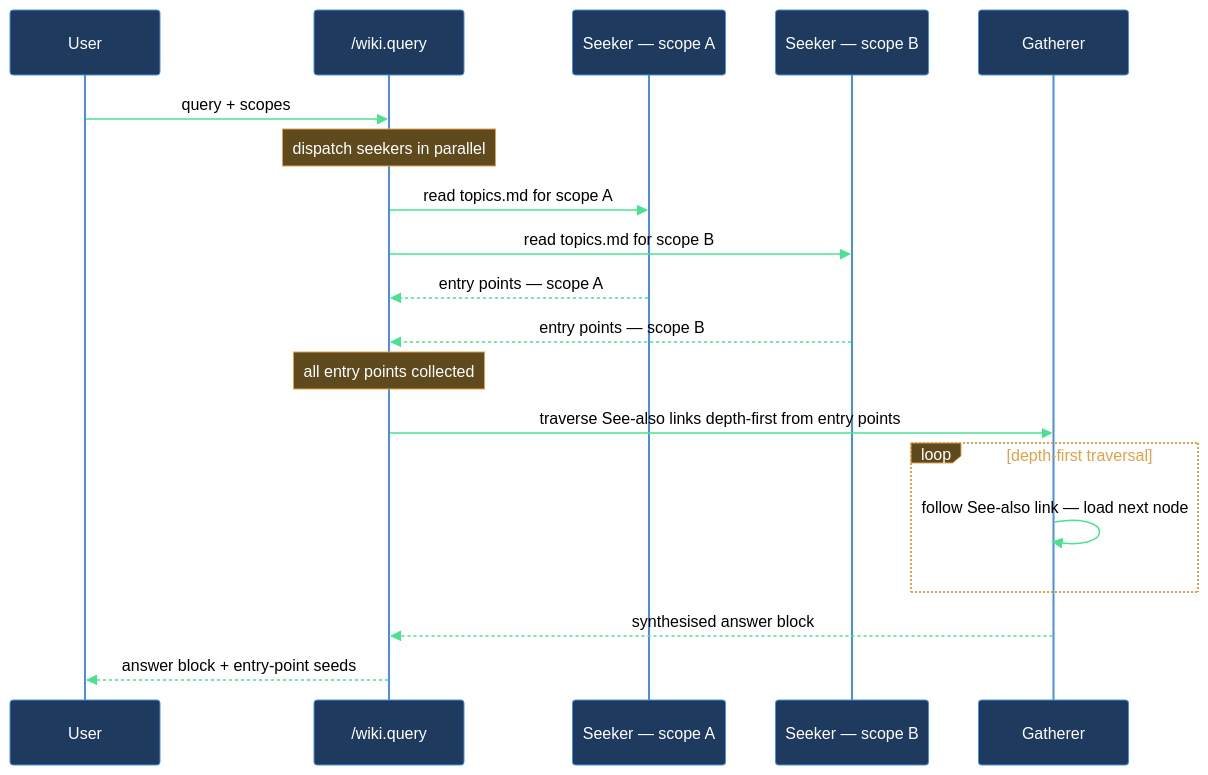
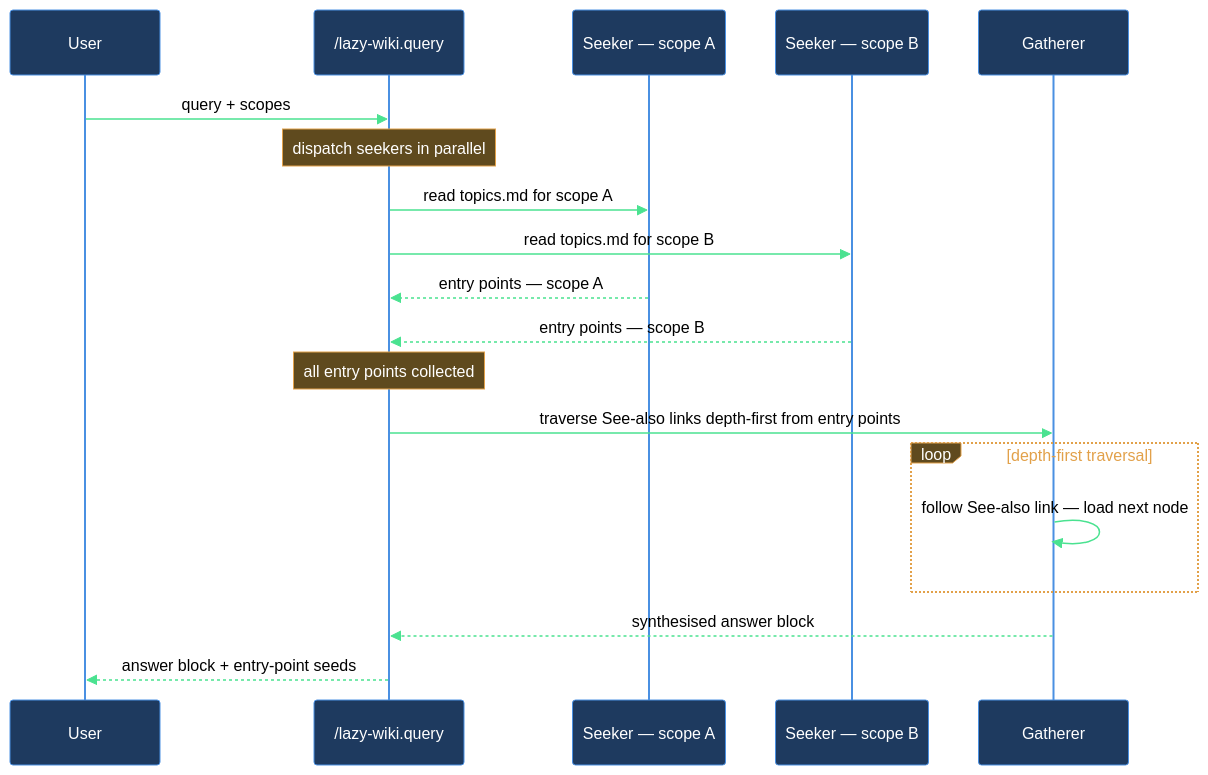
One commit to mebius-san/lazy-cortex changed the diagram in claude/lazycortex-wiki/help/query.md. Above: the diagram before and after it, drawn with Mermaid. The commit also changed other lines of this file and 511 other files, not shown here.

First line of the commit message:
release: core 7.0.0, specs 6.0.0, review 6.1.0, obsidian 3.0.0, wiki 2.0.0, python 4.0.0, experts 1.0.0, diagram 1.1.7, observe 0.8.3

````diff
--- a/claude/lazycortex-wiki/help/query.md
+++ b/claude/lazycortex-wiki/help/query.md
@@ -49,31 +58,31 @@
 ```mermaid
 %%{init: {'themeVariables':{'background':'transparent','primaryColor':'#1e3a5f','primaryBorderColor':'#4a90e2','primaryTextColor':'#fff','lineColor':'#4ae290','actorBkg':'#1e3a5f','actorBorder':'#4a90e2','actorTextColor':'#fff','actorLineColor':'#4a90e2','signalColor':'#4ae290','signalTextColor':'#000','noteBkgColor':'#5f4a1e','noteBorderColor':'#e2a14a','noteTextColor':'#fff','labelBoxBkgColor':'#5f4a1e','labelBoxBorderColor':'#e2a14a','labelTextColor':'#fff','loopTextColor':'#e2a14a'},'sequence':{'diagramPadding':5,'useMaxWidth':true}}}%%
 sequenceDiagram
   participant user as User
-  participant skill as /wiki.query
+  participant skill as /lazy-wiki.query
   participant seekerA as Seeker — scope A
   participant seekerB as Seeker — scope B
   participant gatherer as Gatherer
 
   user->>skill: query + scopes
 
   Note over skill: dispatch seekers in parallel
 
   skill->>seekerA: read topics.md for scope A
   skill->>seekerB: read topics.md for scope B
 
   seekerA-->>skill: entry points — scope A
   seekerB-->>skill: entry points — scope B
 
   Note over skill: all entry points collected
 
   skill->>gatherer: traverse See-also links depth-first from entry points
 
   loop depth-first traversal
     gatherer->>gatherer: follow See-also link — load next node
   end
 
   gatherer-->>skill: synthesised answer block
 
   skill-->>user: answer block + entry-point seeds
 ```
````
